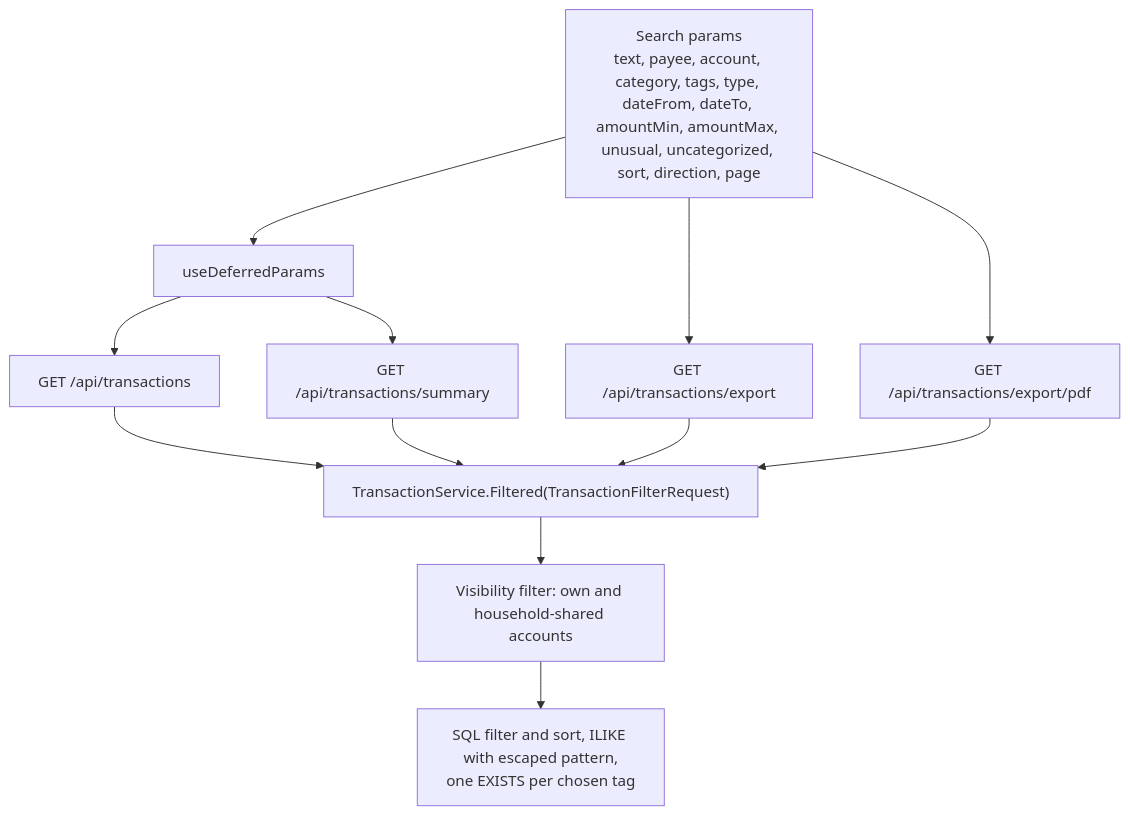
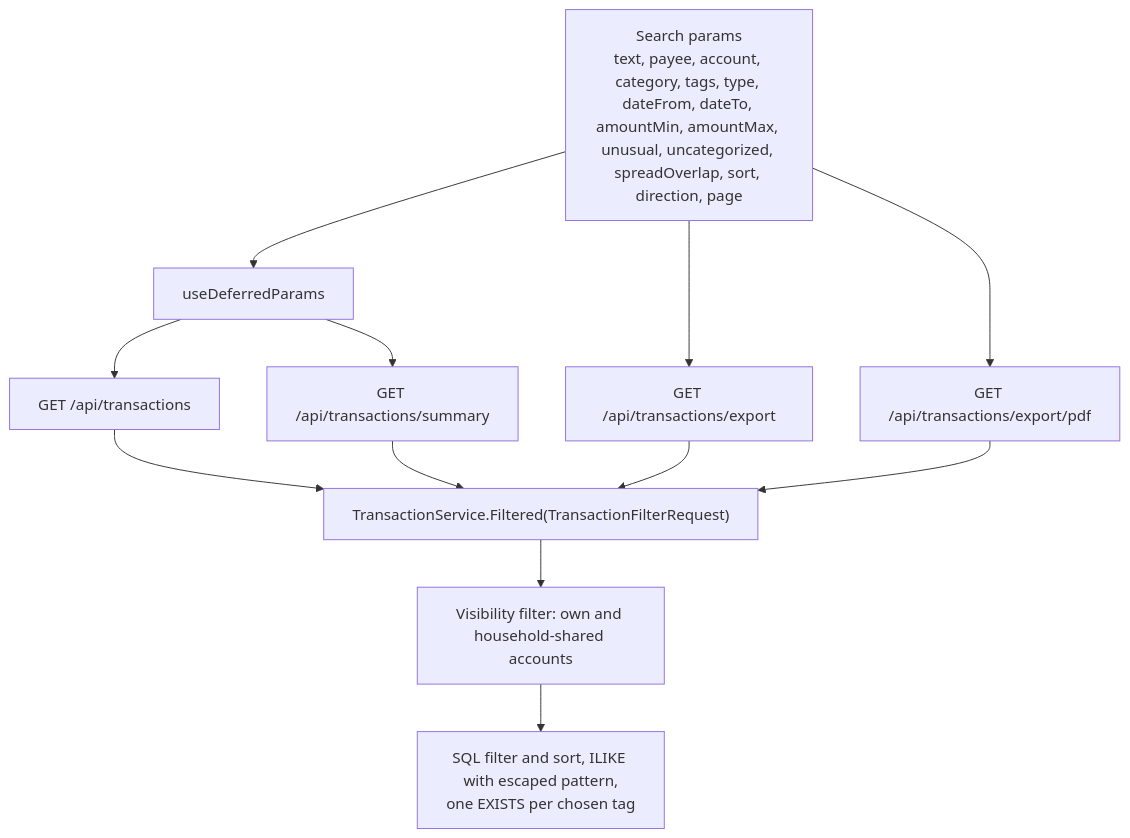
One commit to Justxs/Jx-Finance changed the first of 5 diagrams in docs/features/transactions.md. Above: the diagram before and after it, drawn with Mermaid. The commit also changed other lines of this file and 119 other files, not shown here.

````diff
--- a/docs/features/transactions.md
+++ b/docs/features/transactions.md
@@ -7,14 +7,14 @@
 ```mermaid
 flowchart TD
-    Url["Search params<br/>text, payee, account, category, tags, type, dateFrom, dateTo, amountMin, amountMax, unusual, uncategorized, sort, direction, page"] --> Defer["useDeferredParams"]
+    Url["Search params<br/>text, payee, account, category, tags, type, dateFrom, dateTo, amountMin, amountMax, unusual, uncategorized, spreadOverlap, sort, direction, page"] --> Defer["useDeferredParams"]
     Defer --> List["GET /api/transactions"]
     Defer --> Summary["GET /api/transactions/summary"]
     Url --> Csv["GET /api/transactions/export"]
     Url --> Pdf["GET /api/transactions/export/pdf"]
     List --> F["TransactionService.Filtered(TransactionFilterRequest)"]
     Summary --> F
     Csv --> F
     Pdf --> F
     F --> Vis["Visibility filter: own and household-shared accounts"]
     Vis --> Sql["SQL filter and sort, ILIKE with escaped pattern,<br/>one EXISTS per chosen tag"]
 ```
````
